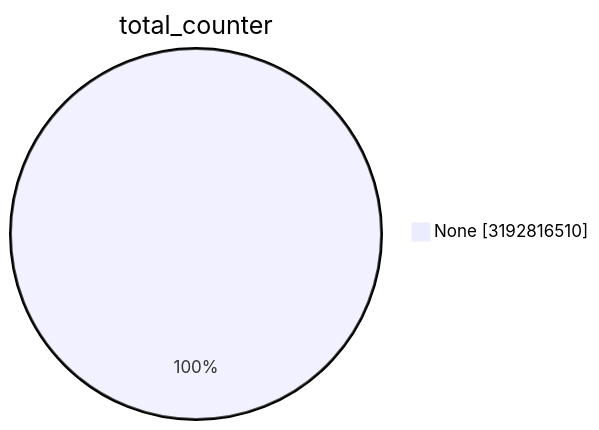
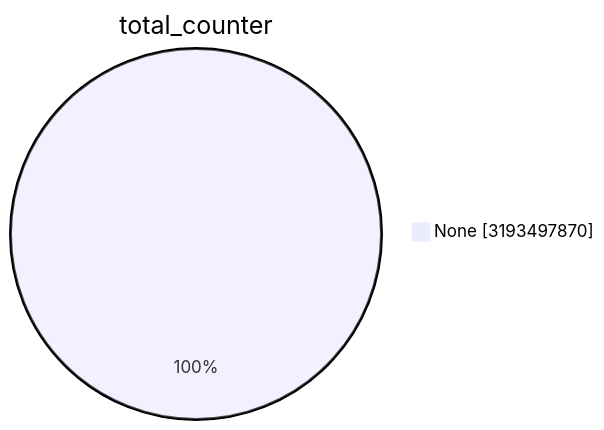
The first of 15 diagrams in TOTAL/README.md (christiankrug/ctmonitor_visualization), drawn with Mermaid before and after one commit. The commit also changed other lines of this file, not shown here.

````diff
--- a/TOTAL/README.md
+++ b/TOTAL/README.md
@@ -1,5 +1,5 @@
 ```mermaid
 pie showData
 title total_counter
-"None" :3192816510
+"None" :3193497870
 ```
````
